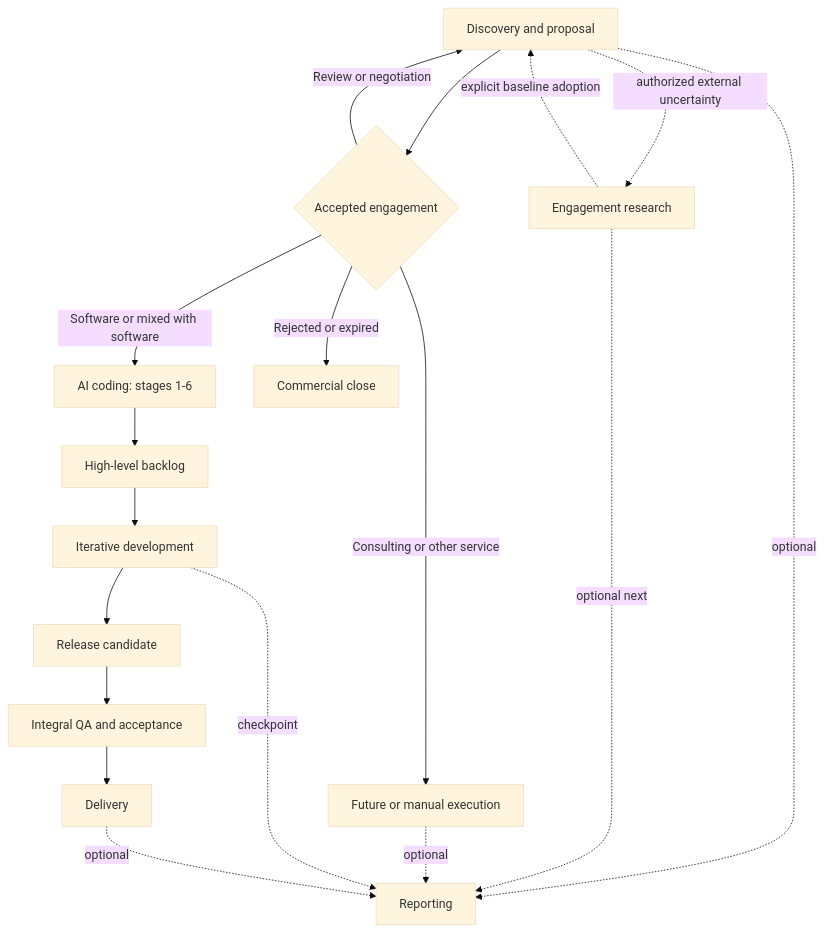
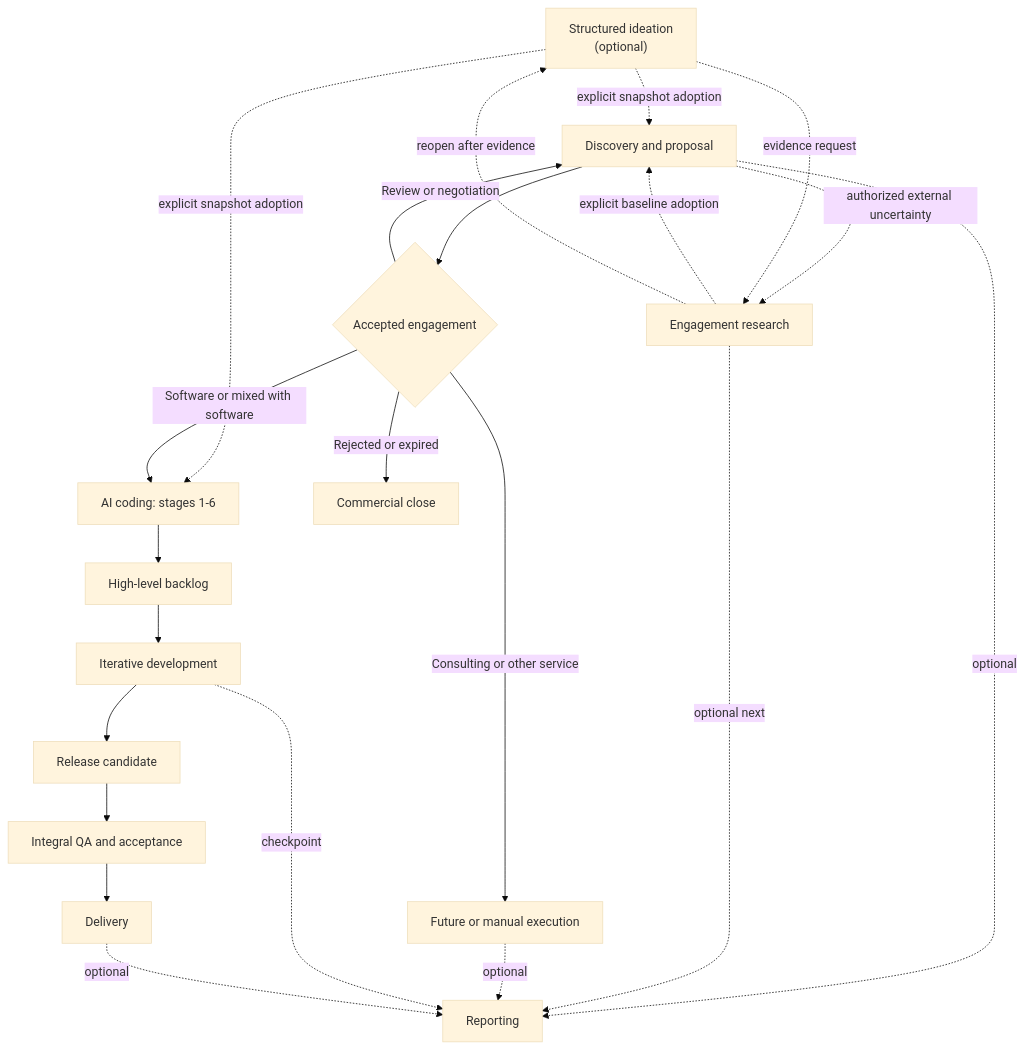
The first of 2 diagrams in README.md (flaviogragnolati/ai-workflow), drawn with Mermaid (base theme) before and after one commit. The commit also changed other lines of this file and 40 other files, not shown here.

````diff
--- a/README.md
+++ b/README.md
@@ -66,22 +67,26 @@
 ```mermaid
 flowchart TB
+    I["Structured ideation<br/>(optional)"] -. "explicit snapshot adoption" .-> D
     D["Discovery and proposal"] --> G{"Accepted engagement"}
     D -. "authorized external uncertainty" .-> H["Engagement research"]
     H -. "explicit baseline adoption" .-> D
+    I -. "evidence request" .-> H
+    H -. "reopen after evidence" .-> I
+    I -. "explicit snapshot adoption" .-> A
     G -->|"Software or mixed with software"| A["AI coding: stages 1-6"]
     G -->|"Consulting or other service"| S["Future or manual execution"]
     G -->|"Review or negotiation"| D
     G -->|"Rejected or expired"| C["Commercial close"]
 
     A --> B["High-level backlog"]
     B --> X["Iterative development"]
     X --> RC["Release candidate"]
     RC --> Q["Integral QA and acceptance"]
     Q --> E["Delivery"]
 
     D -. "optional" .-> R["Reporting"]
     H -. "optional next" .-> R
     S -. "optional" .-> R
     X -. "checkpoint" .-> R
     E -. "optional" .-> R
 ```
````
